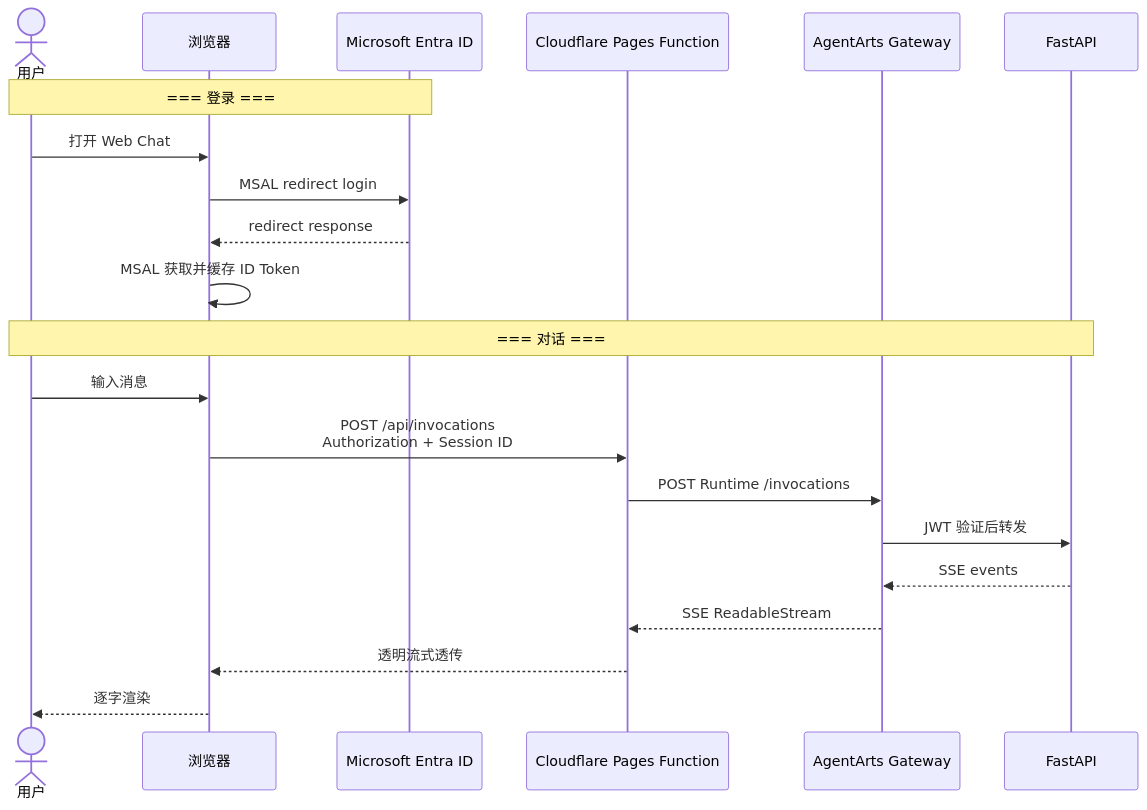
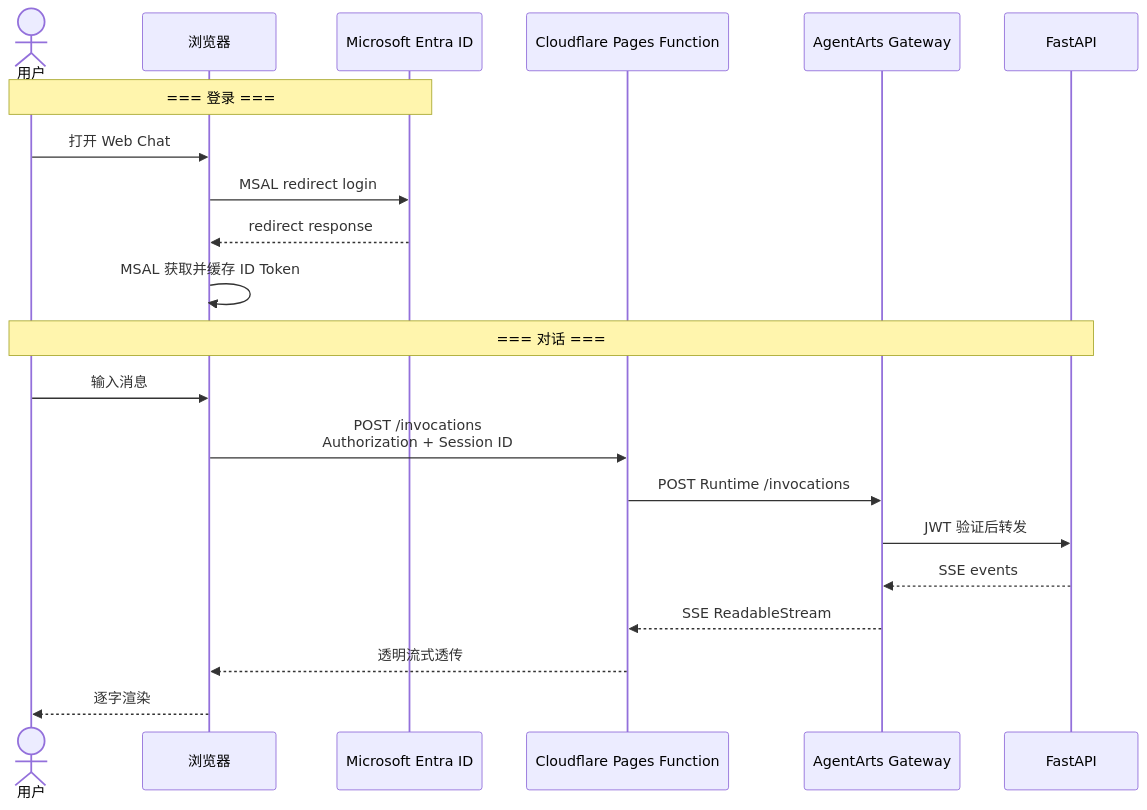
The second of 13 diagrams in personal-assistant-meta/architecture/frontend_architecture.md (T-1009/personal-assistant), drawn with Mermaid before and after one commit. The commit also changed other lines of this file and 15 other files, not shown here.

First line of the commit message:
refactor: flatten API path to /invocations by removing /api prefix from Cloudflare Pages Function and client URL construction

````diff
--- a/personal-assistant-meta/architecture/frontend_architecture.md
+++ b/personal-assistant-meta/architecture/frontend_architecture.md
@@ -41,25 +41,25 @@
 ```mermaid
 sequenceDiagram
     actor User as 用户
     participant Browser as 浏览器
     participant Entra as Microsoft Entra ID
     participant Proxy as Cloudflare Pages Function
     participant Gateway as AgentArts Gateway
     participant FastAPI as FastAPI
 
     Note over User,Entra: === 登录 ===
     User->>Browser: 打开 Web Chat
     Browser->>Entra: MSAL redirect login
     Entra-->>Browser: redirect response
     Browser->>Browser: MSAL 获取并缓存 ID Token
 
     Note over User,FastAPI: === 对话 ===
     User->>Browser: 输入消息
-    Browser->>Proxy: POST /api/invocations<br/>Authorization + Session ID
+    Browser->>Proxy: POST /invocations<br/>Authorization + Session ID
     Proxy->>Gateway: POST Runtime /invocations
     Gateway->>FastAPI: JWT 验证后转发
     FastAPI-->>Gateway: SSE events
     Gateway-->>Proxy: SSE ReadableStream
     Proxy-->>Browser: 透明流式透传
     Browser-->>User: 逐字渲染
 ```
````
